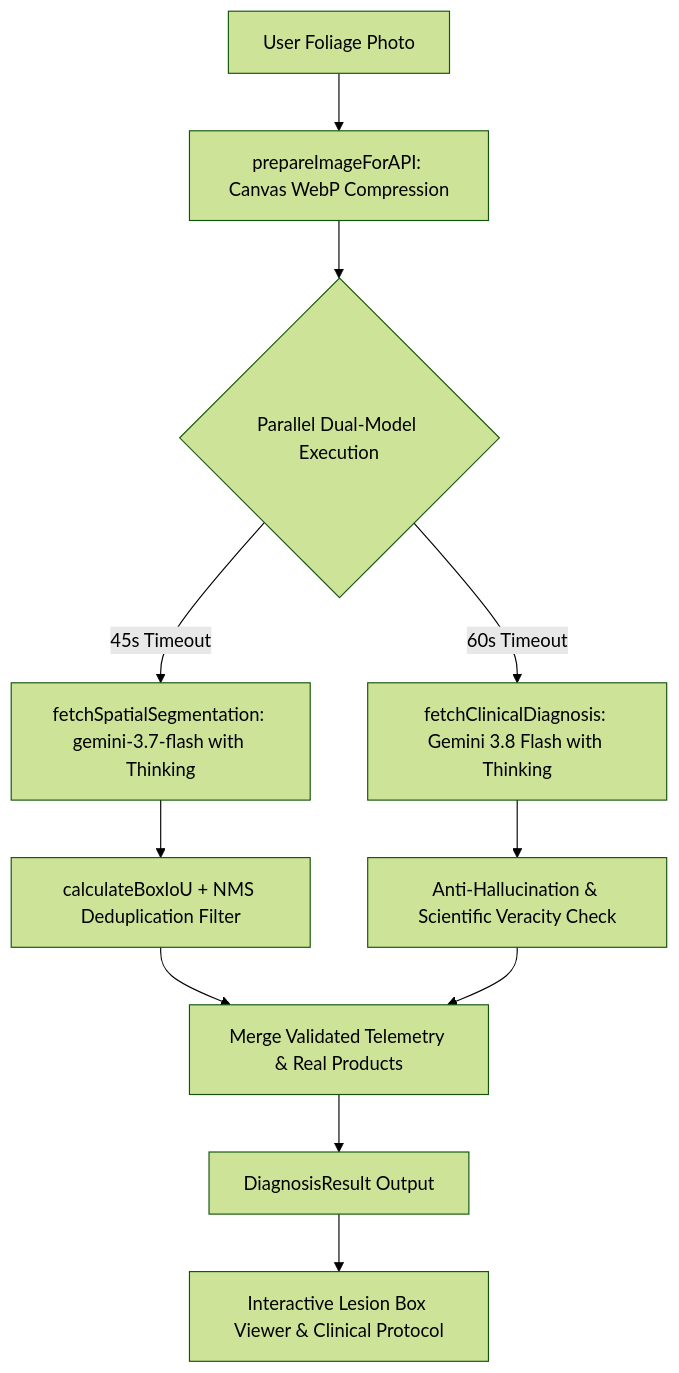
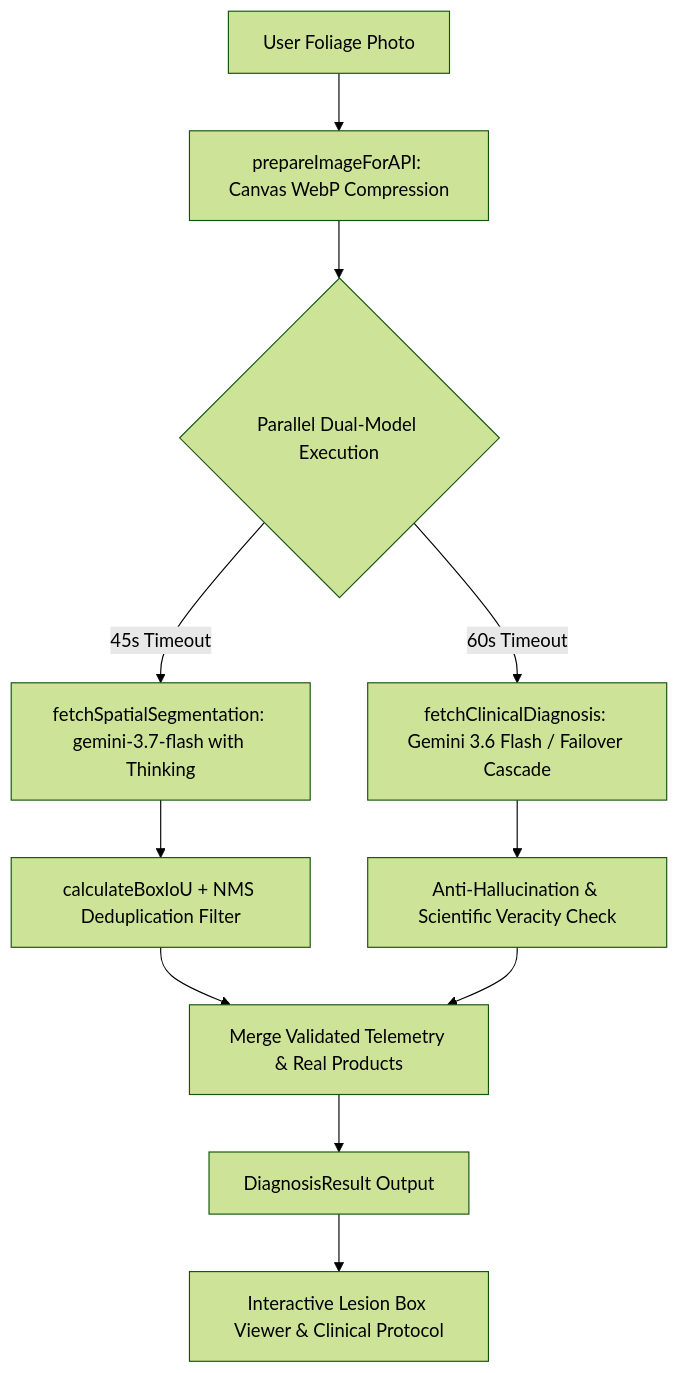
One commit to AadishY/plantdoc changed the diagram in AGENTS.md. Above: the diagram before and after it, drawn with Mermaid (forest theme). The commit also changed other lines of this file and 5 other files, not shown here.

Commit message:
feat: optimize morph trails, enhance model cascades & expand architecture documentation

````diff
--- a/AGENTS.md
+++ b/AGENTS.md
@@ -133,13 +135,13 @@
 ```mermaid
 graph TD
     A[User Foliage Photo] --> B[prepareImageForAPI: Canvas WebP Compression]
     B --> C{Parallel Dual-Model Execution}
-    C -->|60s Timeout| D[fetchClinicalDiagnosis: Gemini 3.8 Flash with Thinking]
+    C -->|60s Timeout| D[fetchClinicalDiagnosis: Gemini 3.6 Flash / Failover Cascade]
     C -->|45s Timeout| E[fetchSpatialSegmentation: gemini-3.7-flash with Thinking]
     E --> F[calculateBoxIoU + NMS Deduplication Filter]
     D --> G[Anti-Hallucination & Scientific Veracity Check]
     F --> H[Merge Validated Telemetry & Real Products]
     G --> H
     H --> I[DiagnosisResult Output]
     I --> J[Interactive Lesion Box Viewer & Clinical Protocol]
 ```
````
